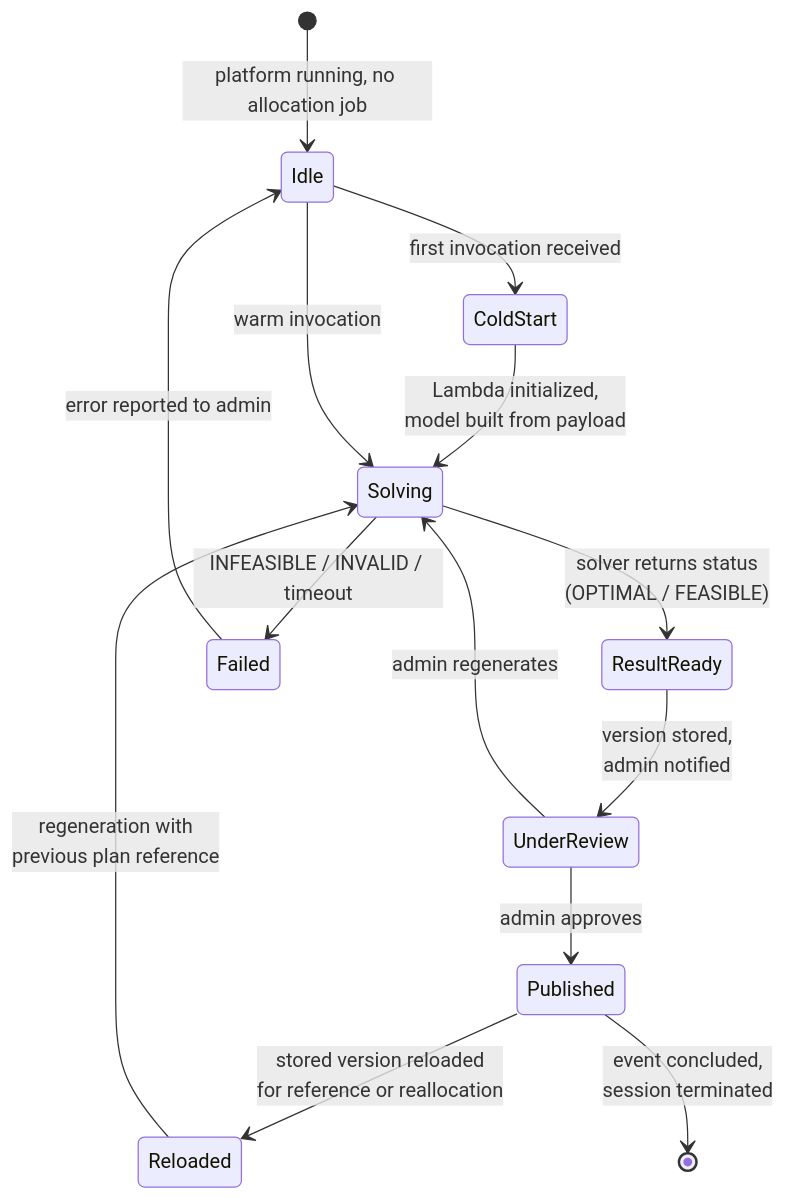
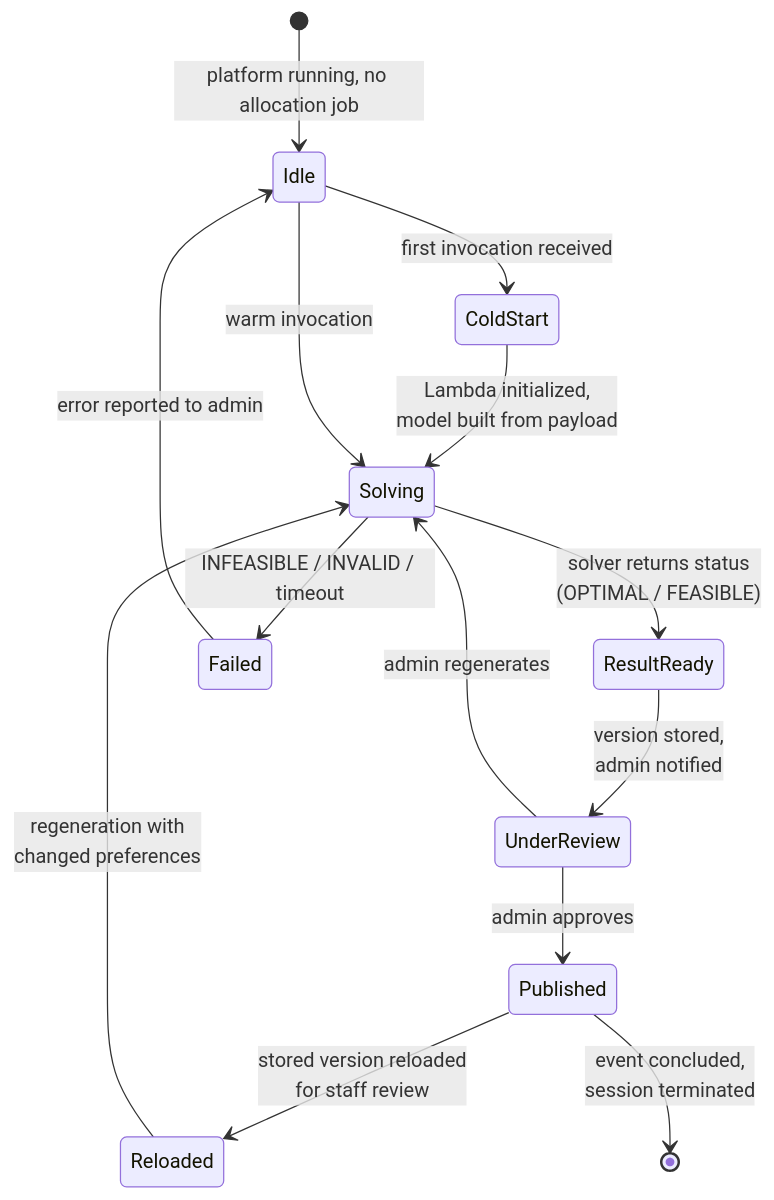
The third of 11 diagrams in FYP1/fyp_interim-report-refined.md (DariusShin/FYP-Seating-Allocation), drawn with Mermaid before and after one commit. The commit also changed other lines of this file and 8 other files, not shown here.

````diff
--- a/FYP1/fyp_interim-report-refined.md
+++ b/FYP1/fyp_interim-report-refined.md
@@ -225,16 +227,16 @@
 ```mermaid
 stateDiagram-v2
     [*] --> Idle : platform running, no allocation job
     Idle --> ColdStart : first invocation received
     ColdStart --> Solving : Lambda initialized,<br/>model built from payload
     Idle --> Solving : warm invocation
     Solving --> ResultReady : solver returns status<br/>(OPTIMAL / FEASIBLE)
     Solving --> Failed : INFEASIBLE / INVALID / timeout
     ResultReady --> UnderReview : version stored,<br/>admin notified
     UnderReview --> Published : admin approves
     UnderReview --> Solving : admin regenerates
     Failed --> Idle : error reported to admin
-    Published --> Reloaded : stored version reloaded<br/>for reference or reallocation
-    Reloaded --> Solving : regeneration with<br/>previous plan reference
+    Published --> Reloaded : stored version reloaded<br/>for staff review
+    Reloaded --> Solving : regeneration with<br/>changed preferences
     Published --> [*] : event concluded,<br/>session terminated
 ```
````
